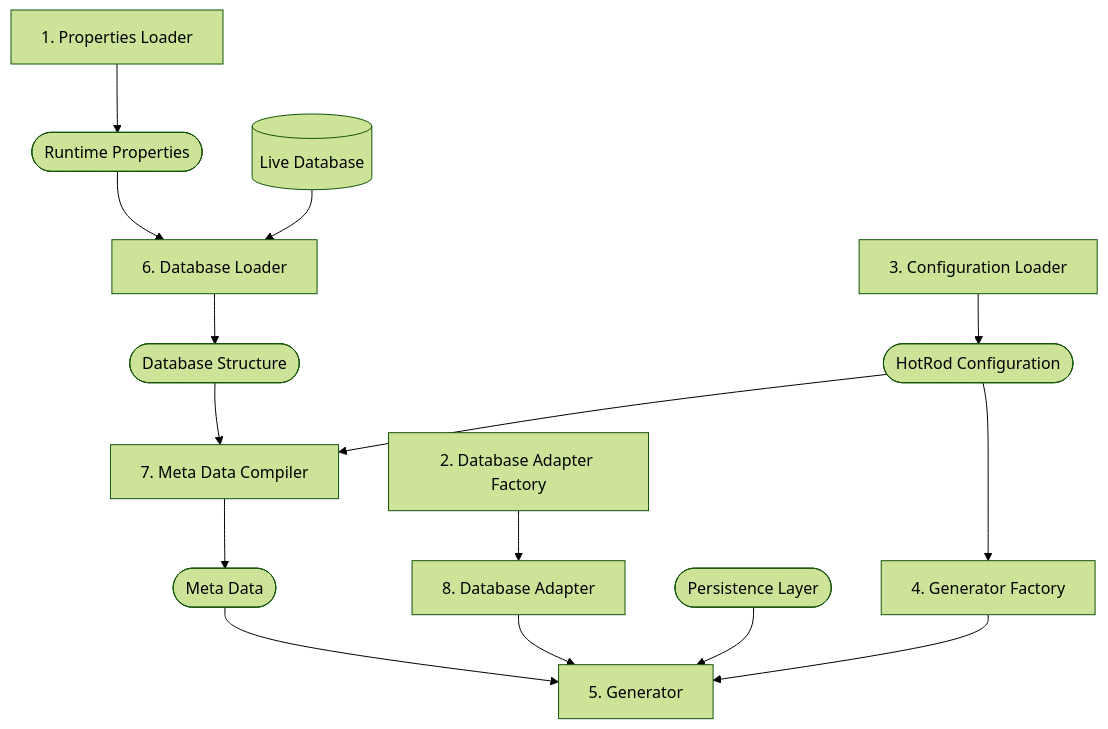
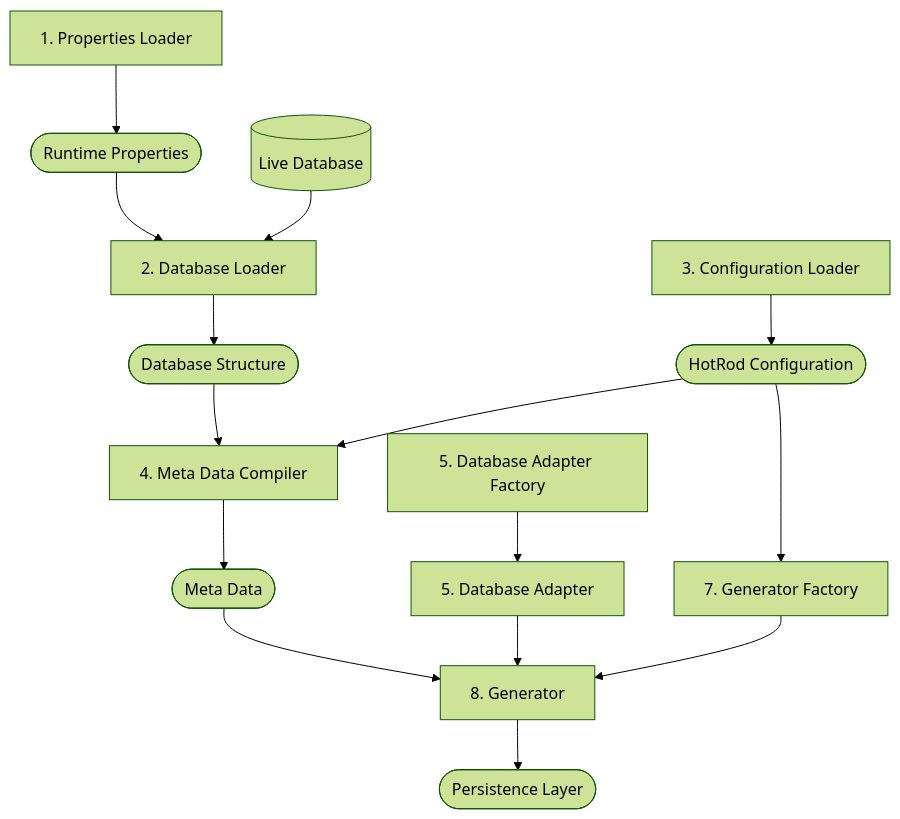
One commit to hotrodorm/hotrod changed the diagram in hotrod-project/docs/architecture.md. Above: the diagram before and after it, drawn with Mermaid (forest theme). The commit also changed other lines of this file, not shown here.

````diff
--- a/hotrod-project/docs/architecture.md
+++ b/hotrod-project/docs/architecture.md
@@ -6,23 +13,23 @@
 ```mermaid
 graph TD;
 
 A[1. Properties Loader] --> B([Runtime Properties]);
 
-B --> F[6. Database Loader];
+B --> F[2. Database Loader];
 G[(Live Database)] --> F;
 C[3. Configuration Loader] --> D([HotRod Configuration]);
 F --> E([Database Structure]);
 
-E --> H[7. Meta Data Compiler];
+E --> H[4. Meta Data Compiler];
 D --> H;
 H --> I([Meta Data]);
 
-D --> J[4. Generator Factory];
-J --> K[5. Generator];
+D --> J[7. Generator Factory];
+J --> K[8. Generator];
 I --> K;
-L([Persistence Layer]) --> K;
+K --> L([Persistence Layer]);
 
-M[2. Database Adapter Factory] --> N[8. Database Adapter];
+M[5. Database Adapter Factory] --> N[5. Database Adapter];
 N --> K;
 
 ```
````
